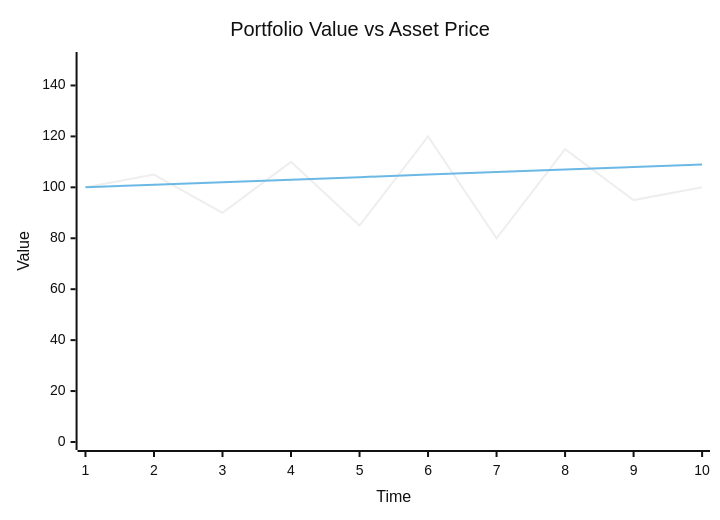
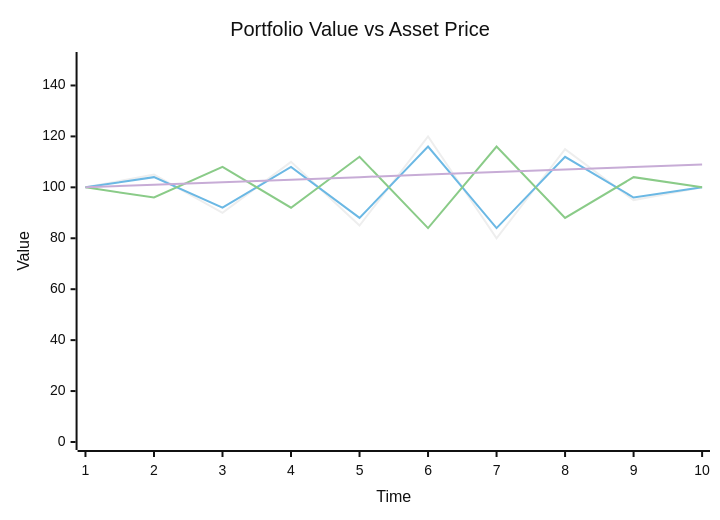
One commit to sirsean/harmonia changed the second of 2 diagrams in docs/PRESENTATION.md. Above: the diagram before and after it, drawn with Mermaid (neutral theme).

Commit message:
docs: add LP and Hedge components to chart

````diff
--- a/docs/PRESENTATION.md
+++ b/docs/PRESENTATION.md
@@ -167,8 +167,10 @@
 ```mermaid
 xychart-beta
     title "Portfolio Value vs Asset Price"
     x-axis "Time" [1, 2, 3, 4, 5, 6, 7, 8, 9, 10]
     y-axis "Value" 0 --> 150
     line "ETH Price (Volatile)" [100, 105, 90, 110, 85, 120, 80, 115, 95, 100]
+    line "LP Position (Long)" [100, 104, 92, 108, 88, 116, 84, 112, 96, 100]
+    line "Hedge Position (Short)" [100, 96, 108, 92, 112, 84, 116, 88, 104, 100]
     line "Harmonia Vault (Stable Yield)" [100, 101, 102, 103, 104, 105, 106, 107, 108, 109]
 ```
````
